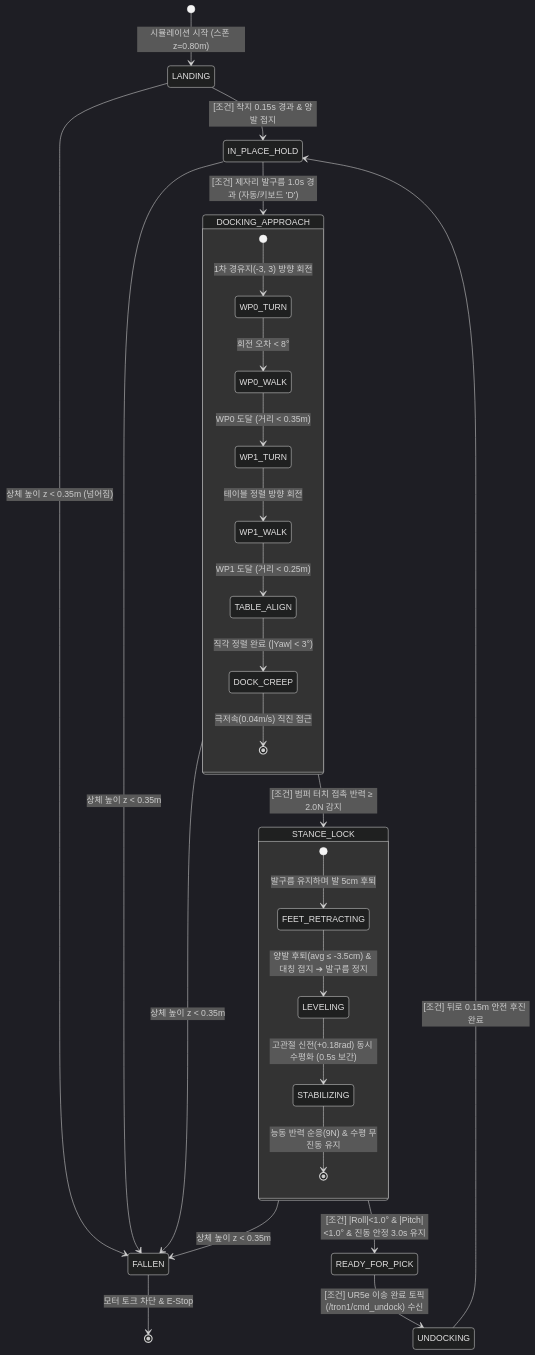
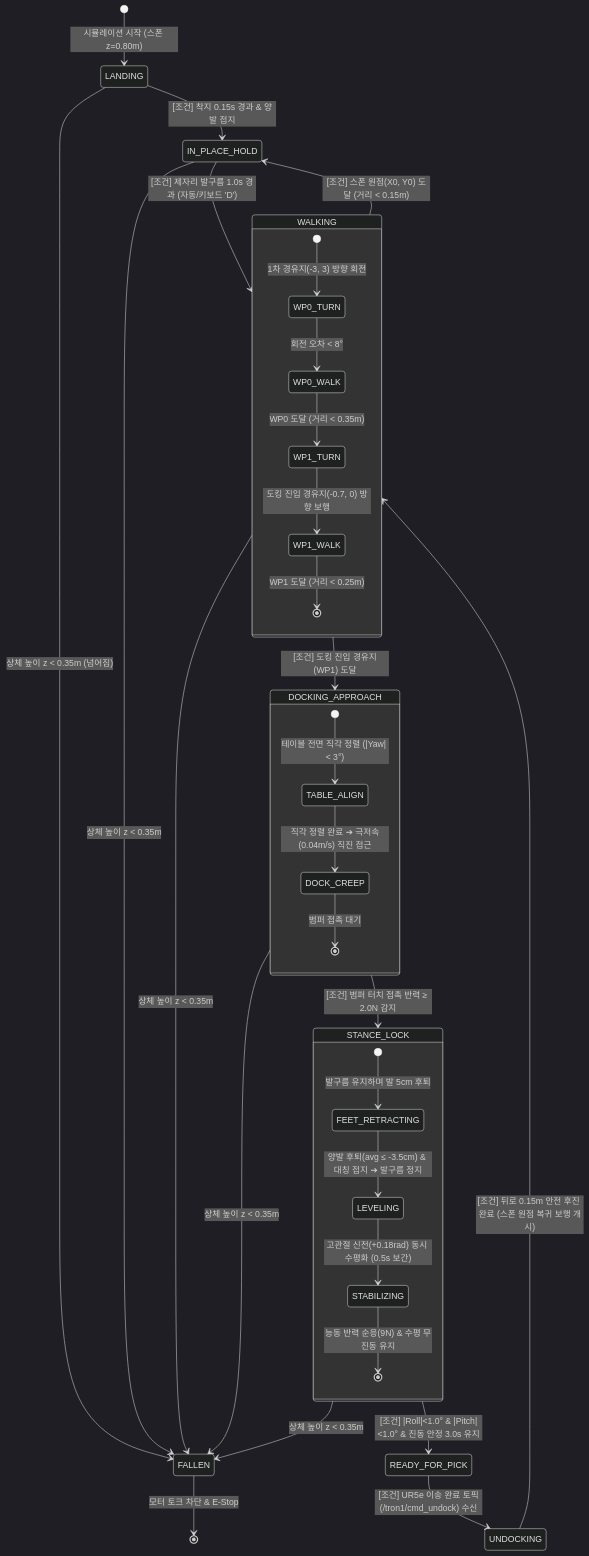
The diagram in documents/development_roadmap/rm_tron1_fsm_state_machine_spec.md (Centaucyan/Proj_Transferring_bottle_from_tron1_to_ur5e_in_mujoco_env), drawn with Mermaid (dark theme) before and after one commit. The commit also changed other lines of this file and 6 other files, not shown here.

````diff
--- a/documents/development_roadmap/rm_tron1_fsm_state_machine_spec.md
+++ b/documents/development_roadmap/rm_tron1_fsm_state_machine_spec.md
@@ -24,40 +24,49 @@
 ```mermaid
 stateDiagram-v2
     [*] --> LANDING : 시뮬레이션 시작 (스폰 z=0.80m)
 
     LANDING --> IN_PLACE_HOLD : [조건] 착지 0.15s 경과 & 양발 접지
     
-    IN_PLACE_HOLD --> DOCKING_APPROACH : [조건] 제자리 발구름 1.0s 경과 (자동/키보드 'D')
+    IN_PLACE_HOLD --> WALKING : [조건] 제자리 발구름 1.0s 경과 (자동/키보드 'D')
     
-    state DOCKING_APPROACH {
+    state WALKING {
         [*] --> WP0_TURN : 1차 경유지(-3, 3) 방향 회전
         WP0_TURN --> WP0_WALK : 회전 오차 < 8°
         WP0_WALK --> WP1_TURN : WP0 도달 (거리 < 0.35m)
-        WP1_TURN --> WP1_WALK : 테이블 정렬 방향 회전
-        WP1_WALK --> TABLE_ALIGN : WP1 도달 (거리 < 0.25m)
-        TABLE_ALIGN --> DOCK_CREEP : 직각 정렬 완료 (|Yaw| < 3°)
-        DOCK_CREEP --> [*] : 극저속(0.04m/s) 직진 접근
+        WP1_TURN --> WP1_WALK : 도킹 진입 경유지(-0.7, 0) 방향 보행
+        WP1_WALK --> [*] : WP1 도달 (거리 < 0.25m)
+    }
+
+    WALKING --> DOCKING_APPROACH : [조건] 도킹 진입 경유지(WP1) 도달
+
+    state DOCKING_APPROACH {
+        [*] --> TABLE_ALIGN : 테이블 전면 직각 정렬 (|Yaw| < 3°)
+        TABLE_ALIGN --> DOCK_CREEP : 직각 정렬 완료 ➔ 극저속(0.04m/s) 직진 접근
+        DOCK_CREEP --> [*] : 범퍼 접촉 대기
     }
 
     DOCKING_APPROACH --> STANCE_LOCK : [조건] 범퍼 터치 접촉 반력 ≥ 2.0N 감지
     
     state STANCE_LOCK {
         [*] --> FEET_RETRACTING : 발구름 유지하며 발 5cm 후퇴
         FEET_RETRACTING --> LEVELING : 양발 후퇴(avg ≤ -3.5cm) & 대칭 접지 ➔ 발구름 정지
         LEVELING --> STABILIZING : 고관절 신전(+0.18rad) 동시 수평화 (0.5s 보간)
         STABILIZING --> [*] : 능동 반력 순응(9N) & 수평 무진동 유지
     }
 
     STANCE_LOCK --> READY_FOR_PICK : [조건] |Roll|<1.0° & |Pitch|<1.0° & 진동 안정 3.0s 유지
     
     READY_FOR_PICK --> UNDOCKING : [조건] UR5e 이송 완료 토픽(/tron1/cmd_undock) 수신
     
-    UNDOCKING --> IN_PLACE_HOLD : [조건] 뒤로 0.15m 안전 후진 완료
+    UNDOCKING --> WALKING : [조건] 뒤로 0.15m 안전 후진 완료 (스폰 원점 복귀 보행 개시)
+    
+    WALKING --> IN_PLACE_HOLD : [조건] 스폰 원점(X0, Y0) 도달 (거리 < 0.15m)
 
     %% 예외 안전 상태
     LANDING --> FALLEN : 상체 높이 z < 0.35m (넘어짐)
     IN_PLACE_HOLD --> FALLEN : 상체 높이 z < 0.35m
+    WALKING --> FALLEN : 상체 높이 z < 0.35m
     DOCKING_APPROACH --> FALLEN : 상체 높이 z < 0.35m
     STANCE_LOCK --> FALLEN : 상체 높이 z < 0.35m
     FALLEN --> [*] : 모터 토크 차단 & E-Stop
 ```
````
